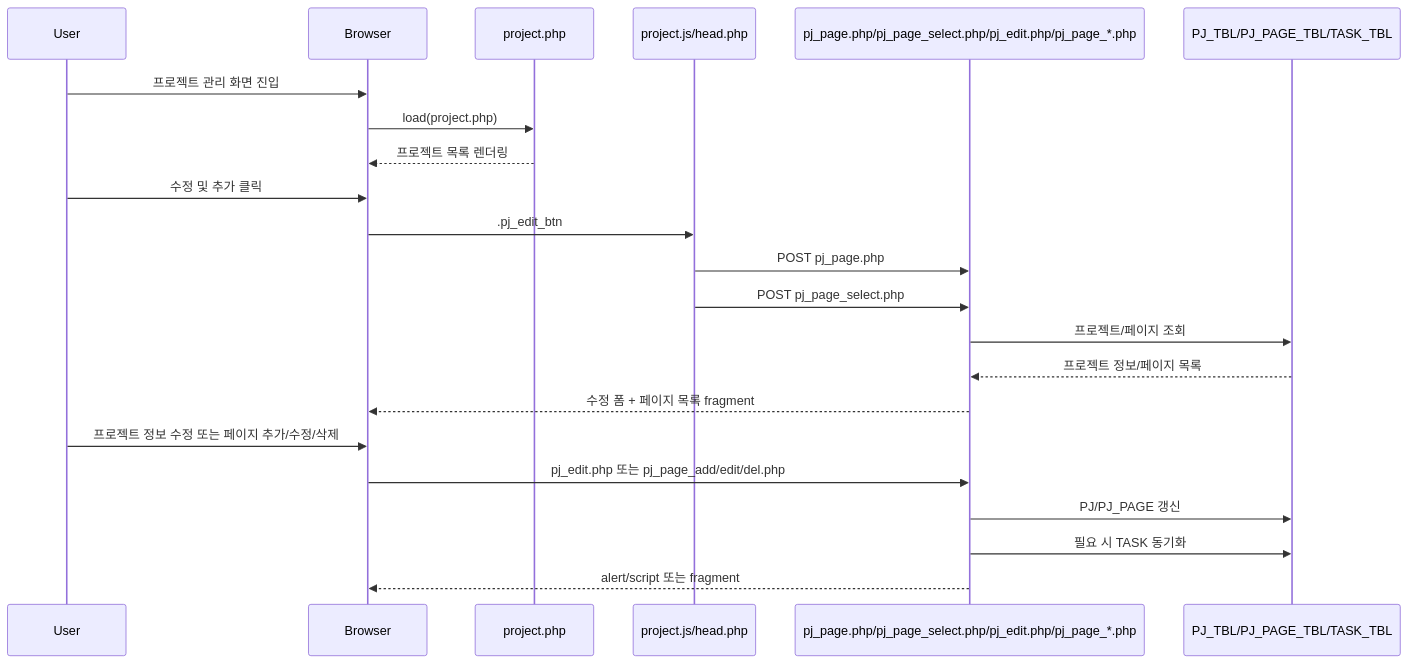
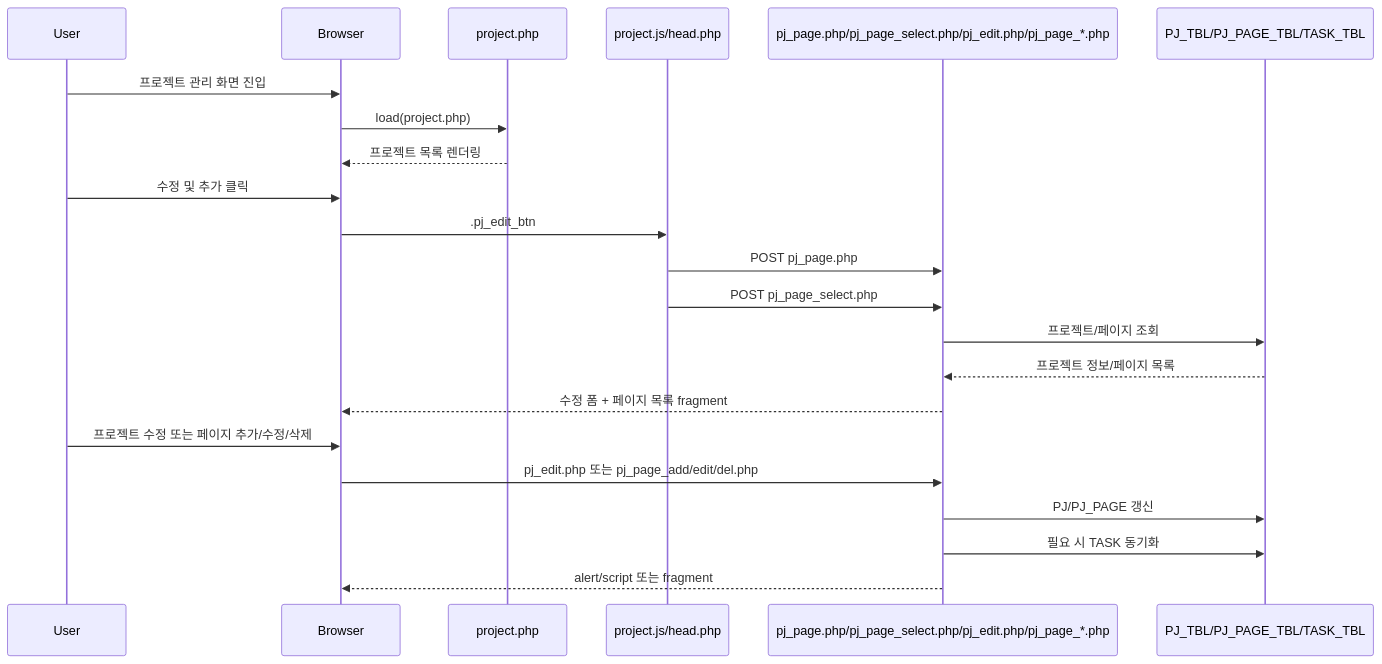
The third of 5 diagrams in docs/php-analysis/sequence-diagrams.md (daum-a11y/my-works), drawn with Mermaid before and after one commit. The commit also changed 4 other files, not shown here.

Commit message:
ui: 프로젝트 편집 페이지 UI/UX 개선 및 폼 규칙 반영

````diff
--- a/docs/php-analysis/sequence-diagrams.md
+++ b/docs/php-analysis/sequence-diagrams.md
@@ -57,25 +57,25 @@
 ```mermaid
 sequenceDiagram
     participant U as User
     participant B as Browser
     participant P as project.php
     participant JS as project.js/head.php
     participant API as pj_page.php/pj_page_select.php/pj_edit.php/pj_page_*.php
     participant DB as PJ_TBL/PJ_PAGE_TBL/TASK_TBL
 
     U->>B: 프로젝트 관리 화면 진입
     B->>P: load(project.php)
     P-->>B: 프로젝트 목록 렌더링
     U->>B: 수정 및 추가 클릭
     B->>JS: .pj_edit_btn
     JS->>API: POST pj_page.php
     JS->>API: POST pj_page_select.php
     API->>DB: 프로젝트/페이지 조회
     DB-->>API: 프로젝트 정보/페이지 목록
     API-->>B: 수정 폼 + 페이지 목록 fragment
-    U->>B: 프로젝트 정보 수정 또는 페이지 추가/수정/삭제
+    U->>B: 프로젝트 수정 또는 페이지 추가/수정/삭제
     B->>API: pj_edit.php 또는 pj_page_add/edit/del.php
     API->>DB: PJ/PJ_PAGE 갱신
     API->>DB: 필요 시 TASK 동기화
     API-->>B: alert/script 또는 fragment
 ```
````
